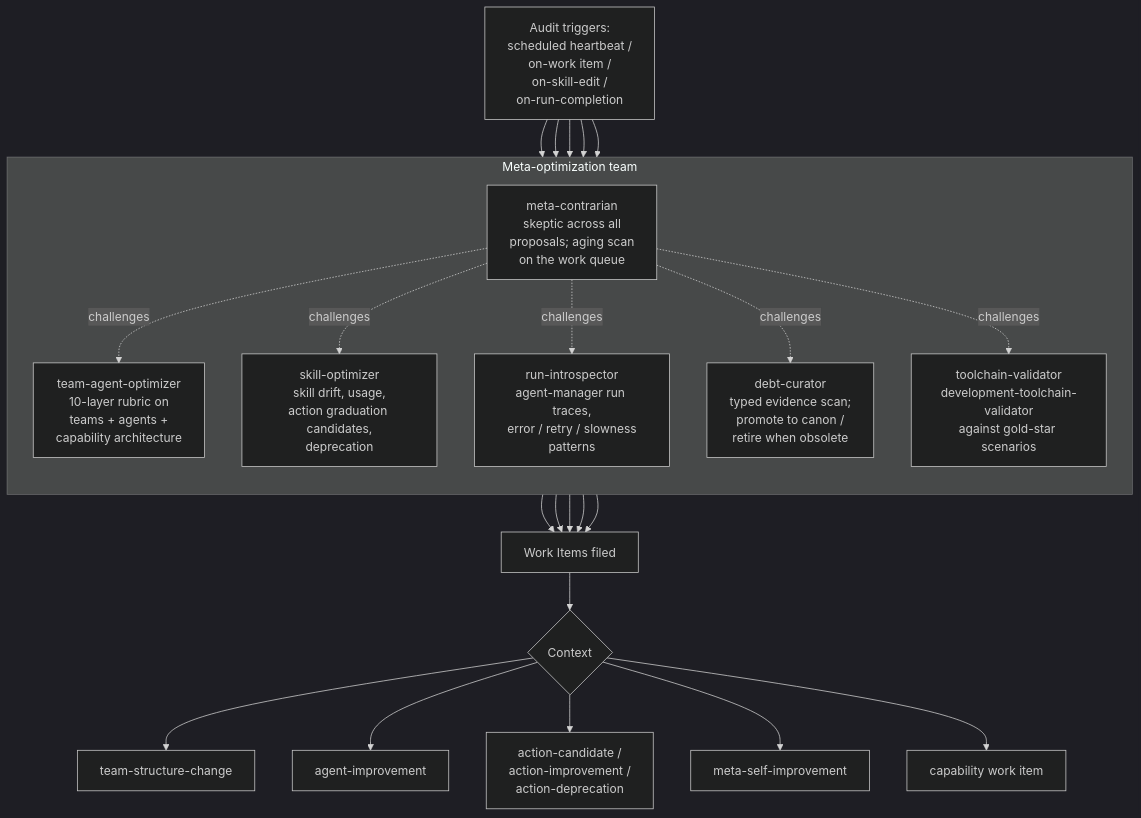
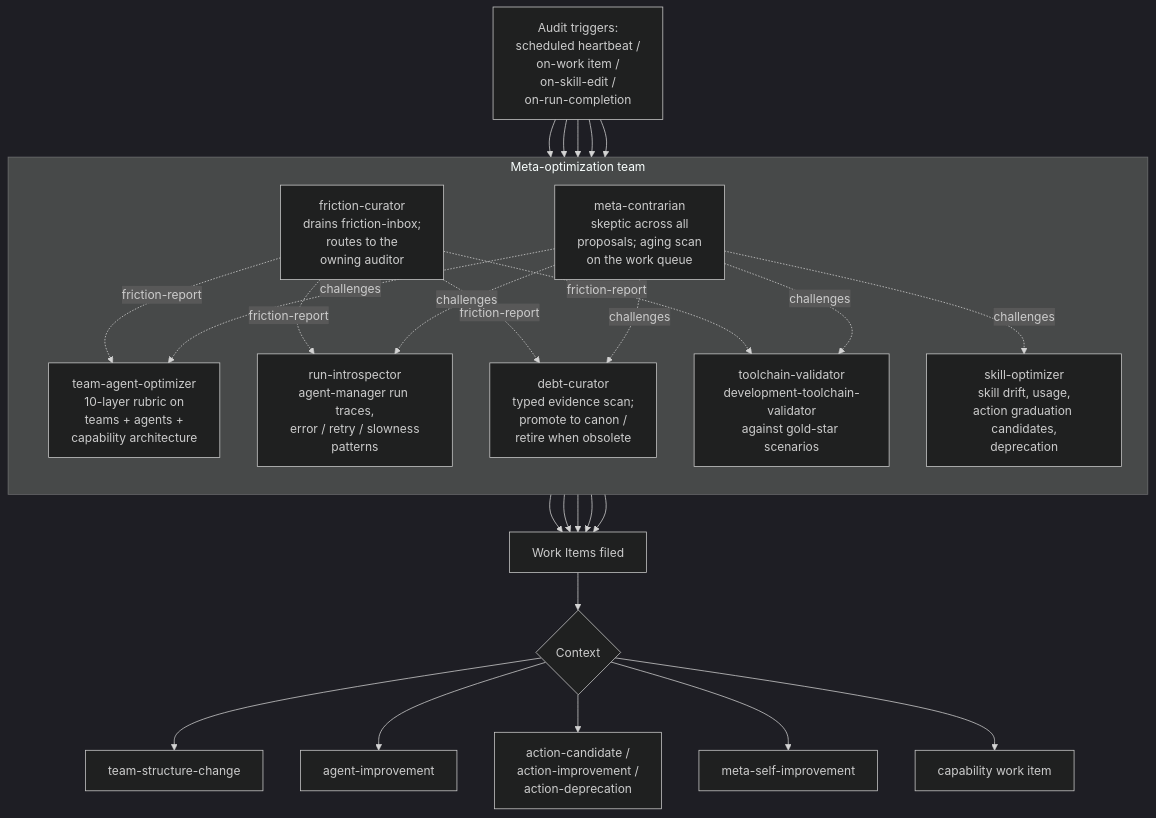
The diagram in scenarios/prompt-manager/store/teams/meta-optimization/shared/TEAM.md (Vrooli/Vrooli), drawn with Mermaid (dark theme) before and after one commit. The commit also changed other lines of this file and 442 other files, not shown here.

````diff
--- a/scenarios/prompt-manager/store/teams/meta-optimization/shared/TEAM.md
+++ b/scenarios/prompt-manager/store/teams/meta-optimization/shared/TEAM.md
@@ -25,31 +25,33 @@
 ```mermaid
 flowchart TB
     TRIG[Audit triggers:<br/>scheduled heartbeat /<br/>on-work item /<br/>on-skill-edit /<br/>on-run-completion]
 
     subgraph TEAM[Meta-optimization team]
       direction TB
       M1[team-agent-optimizer<br/>10-layer rubric on<br/>teams + agents +<br/>capability architecture]
       M2[skill-optimizer<br/>skill drift, usage,<br/>action graduation candidates,<br/>deprecation]
       M3[run-introspector<br/>agent-manager run traces,<br/>error / retry / slowness<br/>patterns]
       M4[debt-curator<br/>typed evidence scan;<br/>promote to canon /<br/>retire when obsolete]
       M5[toolchain-validator<br/>development-toolchain-validator<br/>against gold-star scenarios]
       M6[meta-contrarian<br/>skeptic across all<br/>proposals; aging scan<br/>on the work queue]
+      M7[friction-curator<br/>drains friction-inbox;<br/>routes to the<br/>owning auditor]
     end
 
     TRIG --> M1 & M2 & M3 & M4 & M5
+    M7 -.friction-report.-> M1 & M3 & M4 & M5
 
     M1 --> OUT[Work Items filed]
     M2 --> OUT
     M3 --> OUT
     M4 --> OUT
     M5 --> OUT
 
     M6 -.challenges.-> M1 & M2 & M3 & M4 & M5
 
     OUT --> CTX{Context}
     CTX --> CTX1[team-structure-change]
     CTX --> CTX2[agent-improvement]
     CTX --> CTX3[action-candidate /<br/>action-improvement /<br/>action-deprecation]
     CTX --> CTX4[meta-self-improvement]
     CTX --> CTX5[capability work item]
 ```
````
